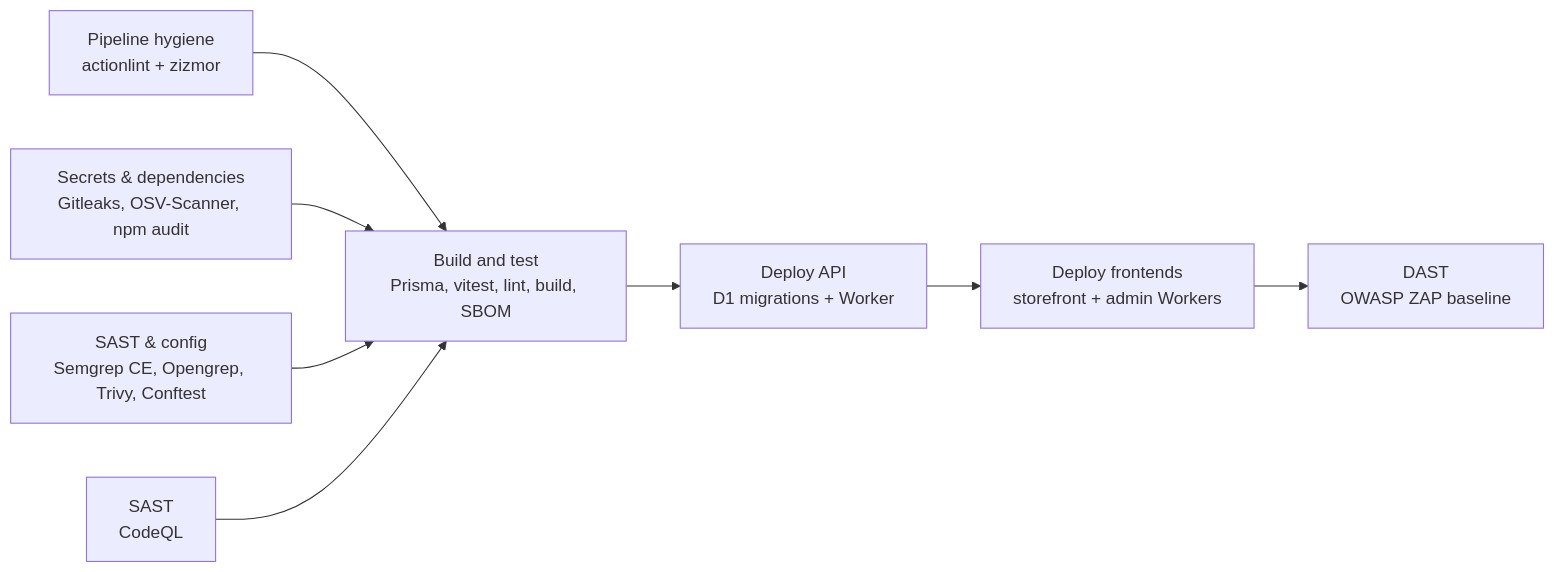
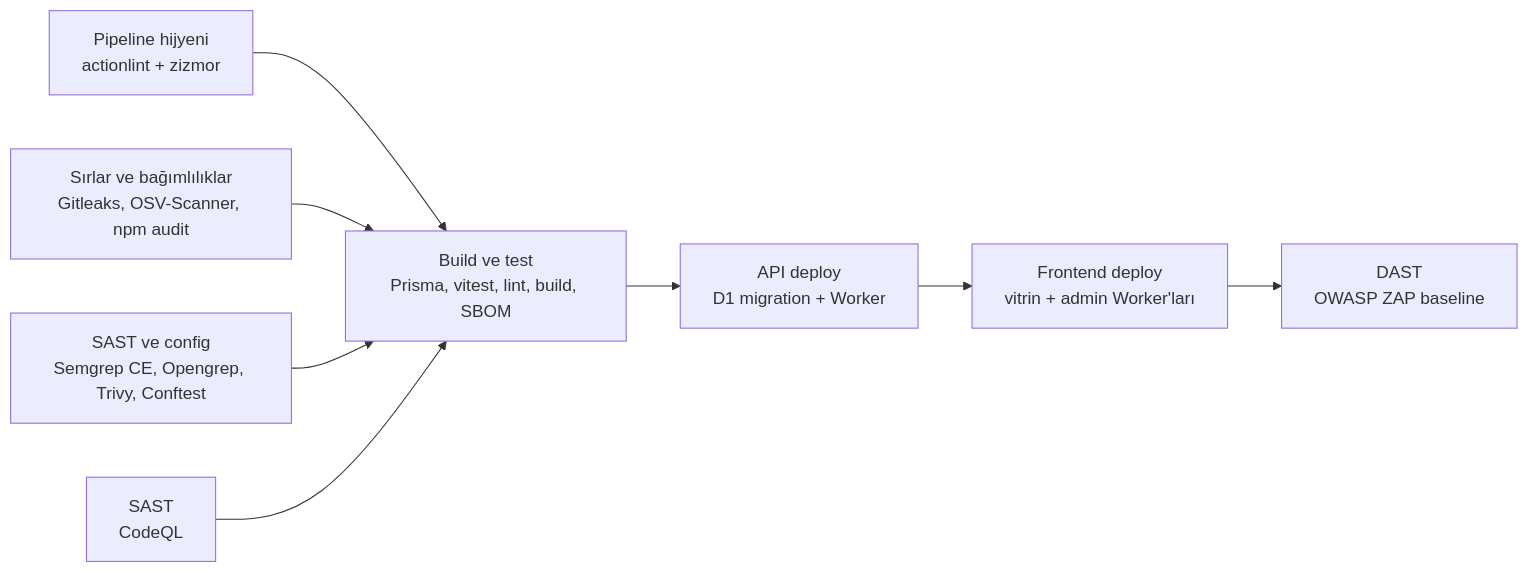
The diagram in docs/cicd_pipeline.md (yusufarbc/e-commerce-cloudflare), drawn with Mermaid before and after one commit. The commit also changed other lines of this file and 13 other files, not shown here.

````diff
--- a/docs/cicd_pipeline.md
+++ b/docs/cicd_pipeline.md
@@ -31,10 +33,10 @@
 ```mermaid
 graph LR
-    H[Pipeline hygiene<br/>actionlint + zizmor] --> B
-    S[Secrets & dependencies<br/>Gitleaks, OSV-Scanner, npm audit] --> B
-    C[SAST & config<br/>Semgrep CE, Opengrep, Trivy, Conftest] --> B
+    H[Pipeline hijyeni<br/>actionlint + zizmor] --> B
+    S[Sırlar ve bağımlılıklar<br/>Gitleaks, OSV-Scanner, npm audit] --> B
+    C[SAST ve config<br/>Semgrep CE, Opengrep, Trivy, Conftest] --> B
     Q[SAST<br/>CodeQL] --> B
-    B[Build and test<br/>Prisma, vitest, lint, build, SBOM] --> DA[Deploy API<br/>D1 migrations + Worker]
-    DA --> DF[Deploy frontends<br/>storefront + admin Workers]
+    B[Build ve test<br/>Prisma, vitest, lint, build, SBOM] --> DA[API deploy<br/>D1 migration + Worker]
+    DA --> DF[Frontend deploy<br/>vitrin + admin Worker'ları]
     DF --> Z[DAST<br/>OWASP ZAP baseline]
 ```
````
